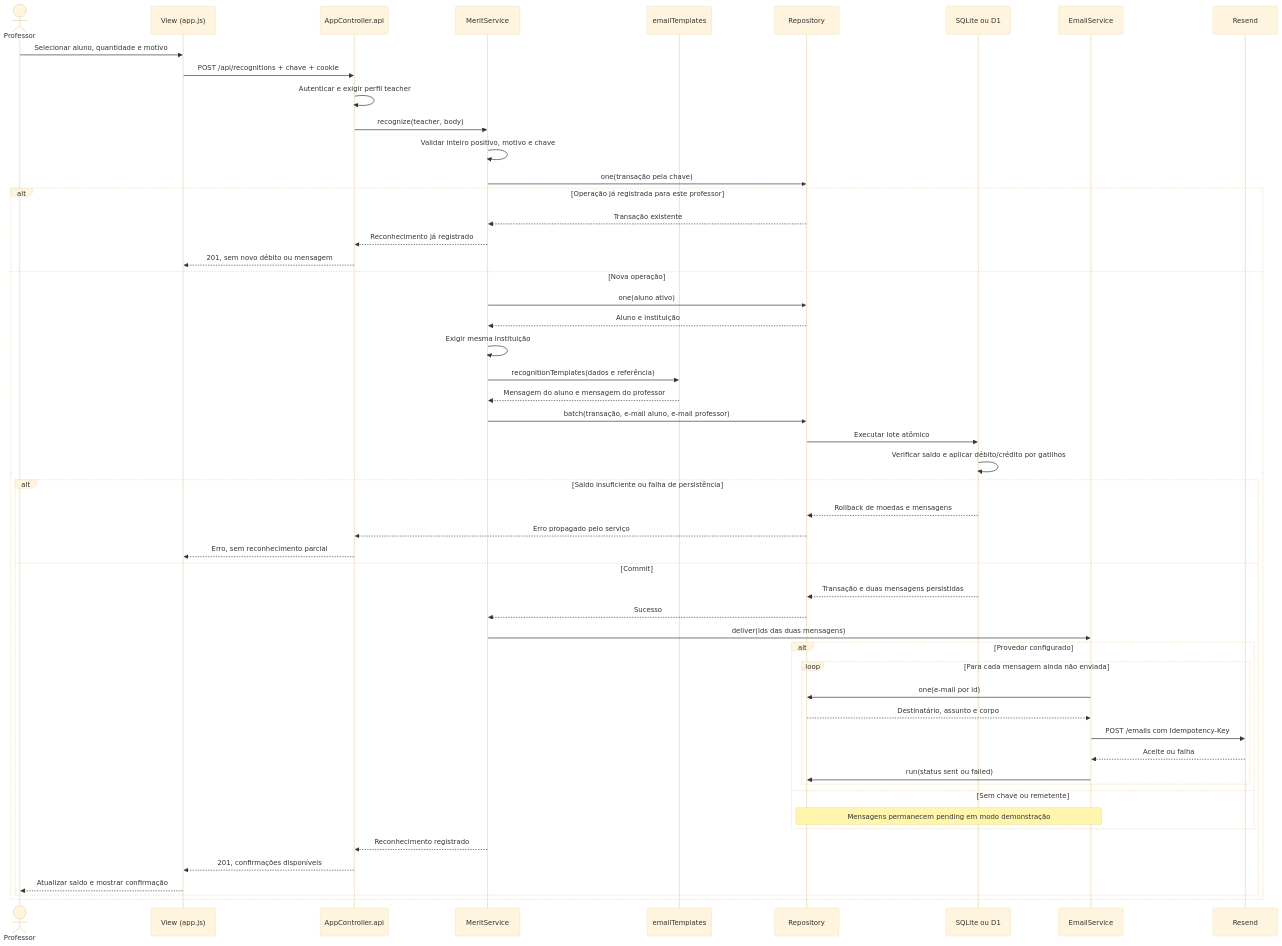
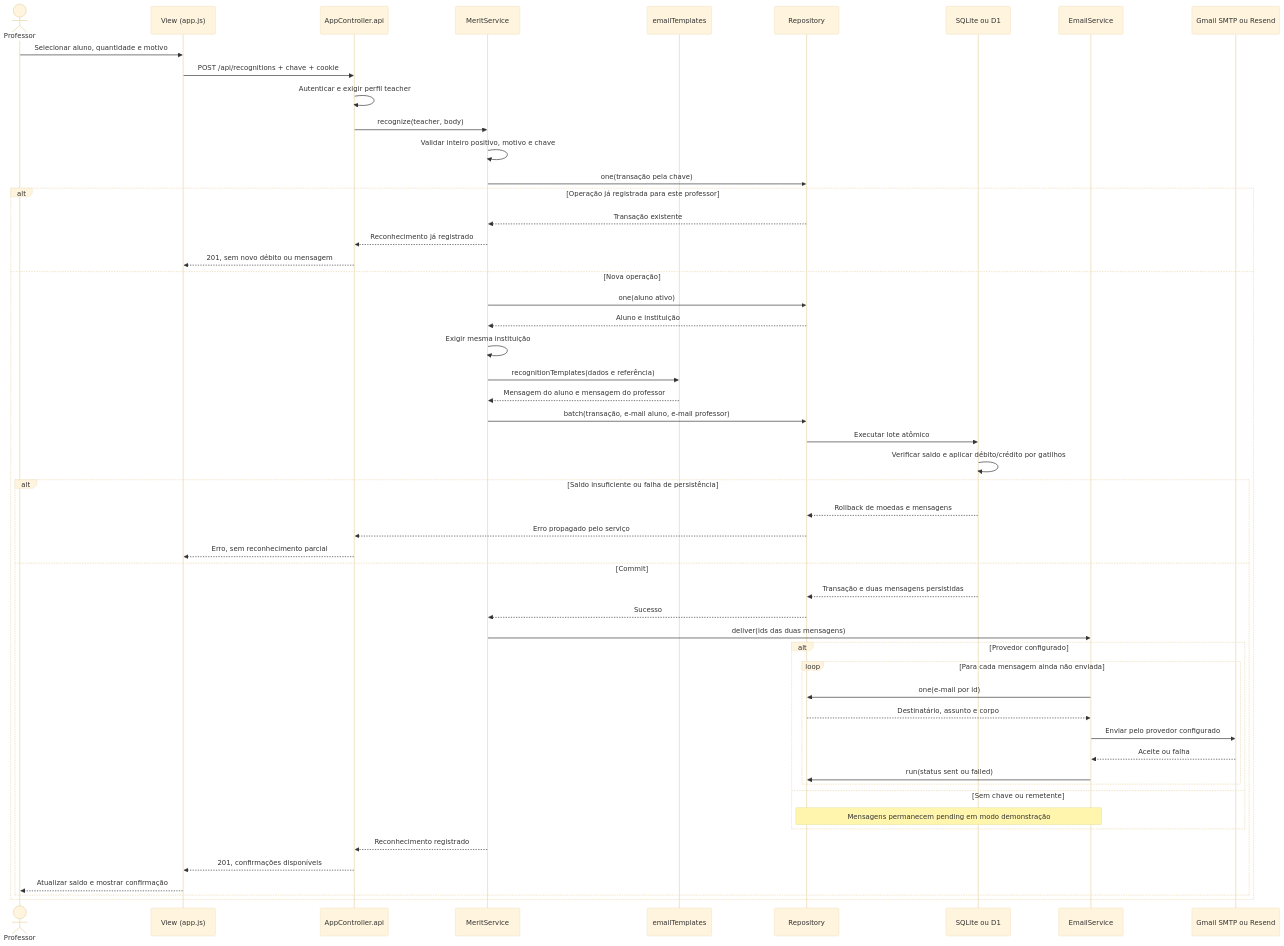
One commit to vianadv/sistemaMoedaEstudantil changed the diagram in docs/release-2/sequencias/enviar-moedas.mmd. Above: the diagram before and after it, drawn with Mermaid (base theme). The commit also changed 19 other files, not shown here.

```diff
--- a/docs/release-2/sequencias/enviar-moedas.mmd
+++ b/docs/release-2/sequencias/enviar-moedas.mmd
@@ -1,53 +1,53 @@
 sequenceDiagram
   actor Professor
   participant View as View (app.js)
   participant Controller as AppController.api
   participant Service as MeritService
   participant Templates as emailTemplates
   participant DAO as Repository
   participant DB as SQLite ou D1
   participant Mail as EmailService
-  participant Resend
+  participant Delivery as Gmail SMTP ou Resend
   Professor->>View: Selecionar aluno, quantidade e motivo
   View->>Controller: POST /api/recognitions + chave + cookie
   Controller->>Controller: Autenticar e exigir perfil teacher
   Controller->>Service: recognize(teacher, body)
   Service->>Service: Validar inteiro positivo, motivo e chave
   Service->>DAO: one(transação pela chave)
   alt Operação já registrada para este professor
     DAO-->>Service: Transação existente
     Service-->>Controller: Reconhecimento já registrado
     Controller-->>View: 201, sem novo débito ou mensagem
   else Nova operação
     Service->>DAO: one(aluno ativo)
     DAO-->>Service: Aluno e instituição
     Service->>Service: Exigir mesma instituição
     Service->>Templates: recognitionTemplates(dados e referência)
     Templates-->>Service: Mensagem do aluno e mensagem do professor
     Service->>DAO: batch(transação, e-mail aluno, e-mail professor)
     DAO->>DB: Executar lote atômico
     DB->>DB: Verificar saldo e aplicar débito/crédito por gatilhos
     alt Saldo insuficiente ou falha de persistência
       DB-->>DAO: Rollback de moedas e mensagens
       DAO-->>Controller: Erro propagado pelo serviço
       Controller-->>View: Erro, sem reconhecimento parcial
     else Commit
       DB-->>DAO: Transação e duas mensagens persistidas
       DAO-->>Service: Sucesso
       Service->>Mail: deliver(ids das duas mensagens)
       alt Provedor configurado
         loop Para cada mensagem ainda não enviada
           Mail->>DAO: one(e-mail por id)
           DAO-->>Mail: Destinatário, assunto e corpo
-          Mail->>Resend: POST /emails com Idempotency-Key
-          Resend-->>Mail: Aceite ou falha
+          Mail->>Delivery: Enviar pelo provedor configurado
+          Delivery-->>Mail: Aceite ou falha
           Mail->>DAO: run(status sent ou failed)
         end
       else Sem chave ou remetente
         Note over Mail,DAO: Mensagens permanecem pending em modo demonstração
       end
       Service-->>Controller: Reconhecimento registrado
       Controller-->>View: 201, confirmações disponíveis
       View-->>Professor: Atualizar saldo e mostrar confirmação
     end
   end
```
